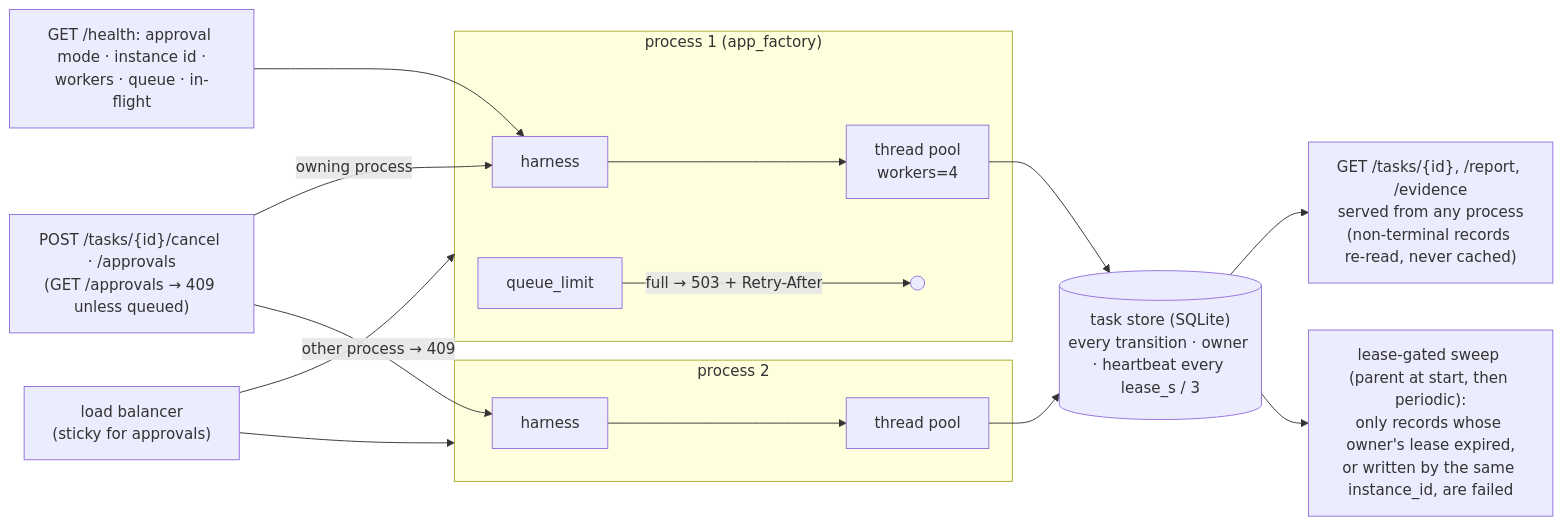
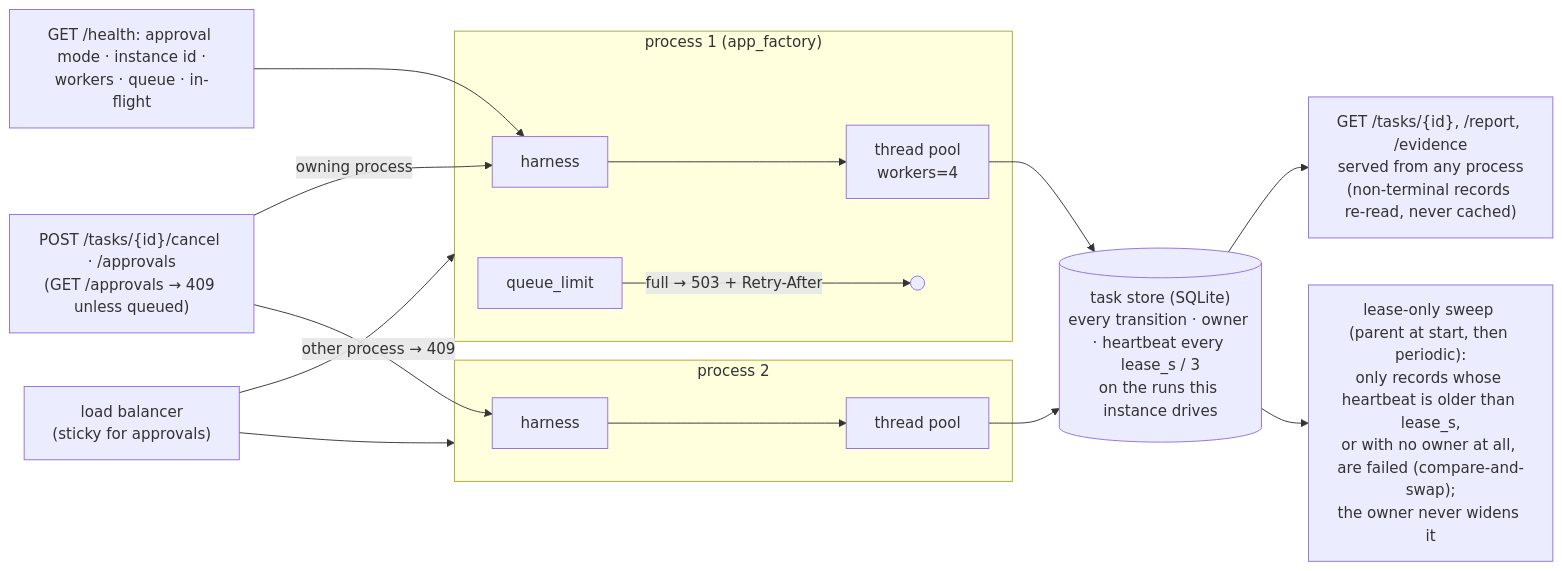
Diagram 30 of 30 in docs/DIAGRAMS.md (AshJha0/agentic-trader), drawn with Mermaid before and after one commit. The commit also changed other lines of this file and 18 other files, not shown here.

````diff
--- a/docs/DIAGRAMS.md
+++ b/docs/DIAGRAMS.md
@@ -840,19 +840,19 @@
 ```mermaid
 flowchart LR
     LB["load balancer<br/>(sticky for approvals)"] --> P1
     LB --> P2
     subgraph P1["process 1 (app_factory)"]
         H1["harness"] --> POOL1["thread pool<br/>workers=4"]
         Q1["queue_limit"] -->|"full → 503 + Retry-After"| X1((" "))
     end
     subgraph P2["process 2"]
         H2["harness"] --> POOL2["thread pool"]
     end
-    POOL1 --> DB[("task store (SQLite)<br/>every transition · owner · heartbeat every lease_s / 3")]
+    POOL1 --> DB[("task store (SQLite)<br/>every transition · owner · heartbeat every lease_s / 3<br/>on the runs this instance drives")]
     POOL2 --> DB
     DB --> R1["GET /tasks/{id}, /report, /evidence<br/>served from any process<br/>(non-terminal records re-read, never cached)"]
-    DB --> SW["lease-gated sweep (parent at start, then periodic):<br/>only records whose owner's lease expired,<br/>or written by the same instance_id, are failed"]
+    DB --> SW["lease-only sweep (parent at start, then periodic):<br/>only records whose heartbeat is older than lease_s,<br/>or with no owner at all, are failed (compare-and-swap);<br/>the owner never widens it"]
     C["POST /tasks/{id}/cancel · /approvals<br/>(GET /approvals → 409 unless queued)"] -->|"owning process"| H1
     C -->|"other process → 409"| H2
     HL["GET /health: approval mode · instance id ·<br/>workers · queue · in-flight"] --> H1
 ```
````
